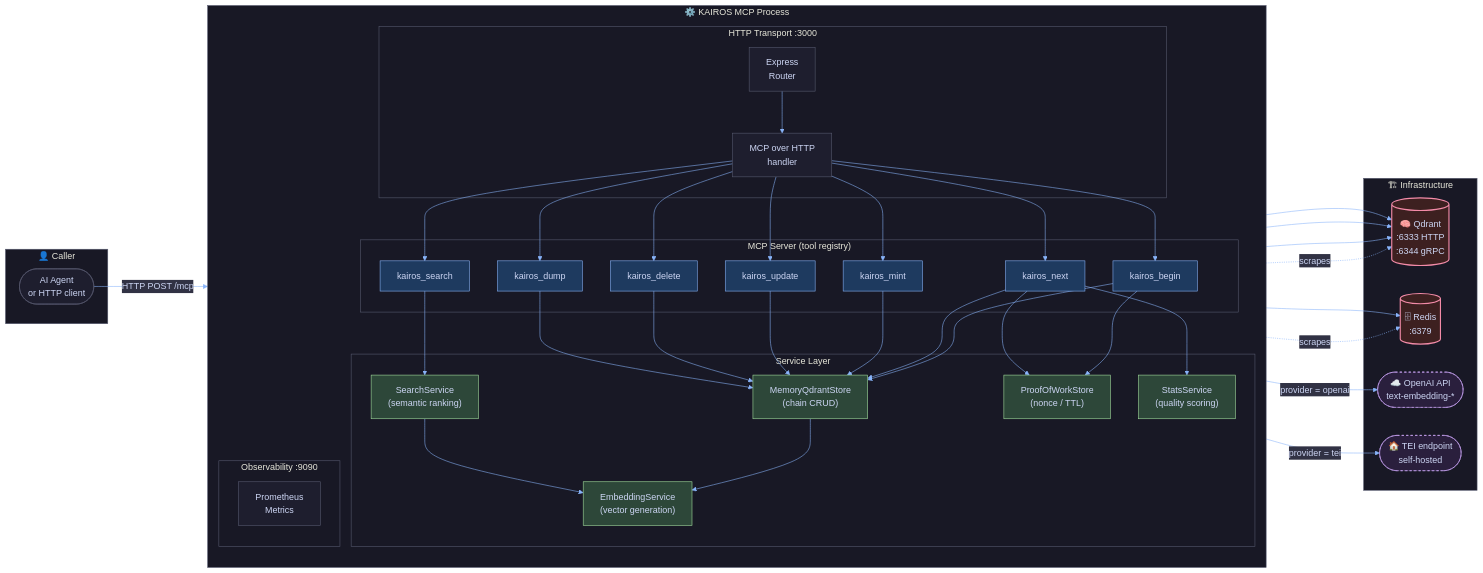
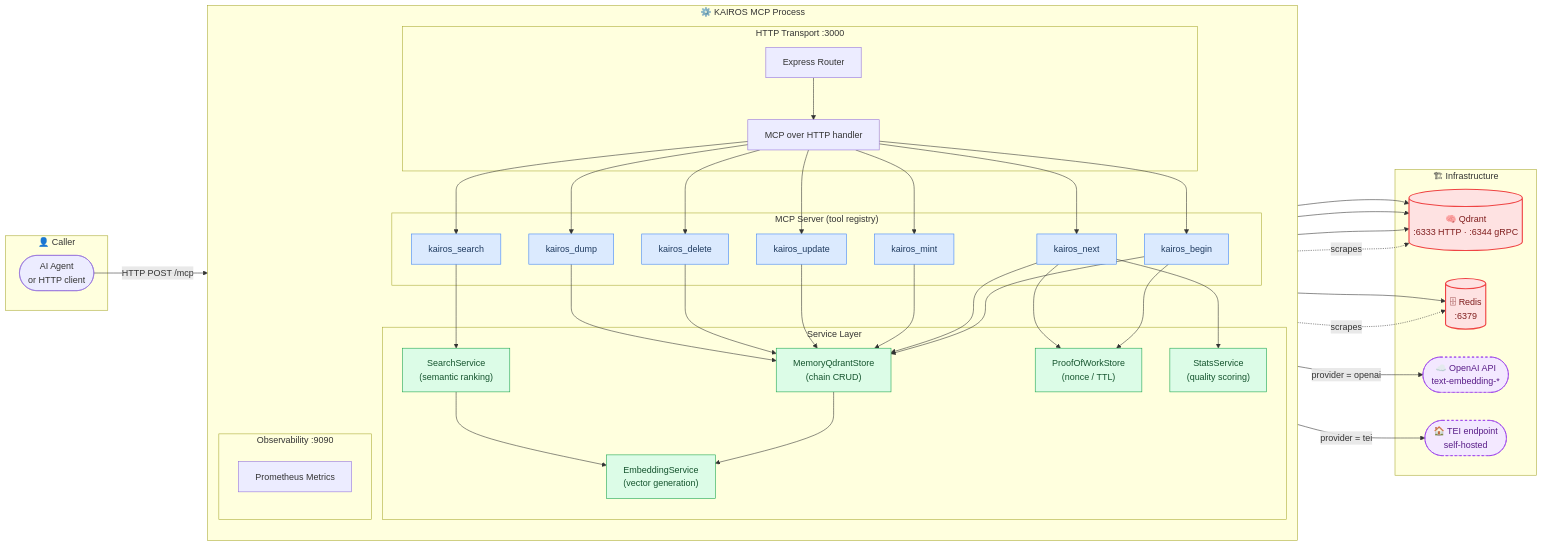
One commit to debian777/kairos-mcp changed the third of 5 diagrams in docs/architecture/infrastructure.md. Above: the diagram before and after it, drawn with Mermaid. The commit also changed other lines of this file, not shown here.

First line of the commit message:
docs: switch Mermaid diagrams to light-friendly colors for GitHub

````diff
--- a/docs/architecture/infrastructure.md
+++ b/docs/architecture/infrastructure.md
@@ -185,5 +174,4 @@
 ```mermaid
-%%{init: {'theme': 'base', 'themeVariables': {'primaryColor': '#1e1e2e', 'primaryTextColor': '#cdd6f4', 'primaryBorderColor': '#585b70', 'lineColor': '#89b4fa', 'secondaryColor': '#313244', 'tertiaryColor': '#181825', 'clusterBkg': '#181825', 'clusterBorder': '#585b70', 'edgeLabelBackground': '#313244'}}}%%
 flowchart LR
     subgraph CLIENT["👤  Caller"]
         AGT(["AI Agent
@@ -194,10 +182,8 @@
         direction TB
 
         subgraph TRANSPORT["HTTP Transport  :3000"]
-            EXP["Express
-            Router"]
-            MCPH["MCP over HTTP
-            handler"]
+            EXP["Express Router"]
+            MCPH["MCP over HTTP handler"]
         end
 
         subgraph REGISTRY["MCP Server  (tool registry)"]
@@ -224,14 +210,13 @@
         end
 
         subgraph OBS["Observability  :9090"]
-            PROM["Prometheus\nMetrics"]
+            PROM["Prometheus Metrics"]
         end
     end
 
     subgraph INFRA["🏗  Infrastructure"]
         QDRANT_DB[("🧠 Qdrant
-        :6333 HTTP
-        :6344 gRPC")]
+        :6333 HTTP · :6344 gRPC")]
         REDIS_DB[("🗄 Redis
         :6379")]
         OPENAI(["☁️  OpenAI API
@@ -240,35 +225,35 @@
         self-hosted"])
     end
 
-    AGT        -->|"HTTP POST /mcp"| EXP
-    EXP        --> MCPH
-    MCPH       --> T_SEARCH & T_BEGIN & T_NEXT & T_MINT & T_UPD & T_DEL & T_DUMP
+    AGT   -->|"HTTP POST /mcp"| EXP
+    EXP   --> MCPH
+    MCPH  --> T_SEARCH & T_BEGIN & T_NEXT & T_MINT & T_UPD & T_DEL & T_DUMP
 
-    T_SEARCH   --> SRCH_SVC
-    T_BEGIN    --> MEM_SVC & POW_SVC
-    T_NEXT     --> MEM_SVC & POW_SVC & STATS
-    T_MINT     --> MEM_SVC
-    T_UPD      --> MEM_SVC
-    T_DEL      --> MEM_SVC
-    T_DUMP     --> MEM_SVC
+    T_SEARCH --> SRCH_SVC
+    T_BEGIN  --> MEM_SVC & POW_SVC
+    T_NEXT   --> MEM_SVC & POW_SVC & STATS
+    T_MINT   --> MEM_SVC
+    T_UPD    --> MEM_SVC
+    T_DEL    --> MEM_SVC
+    T_DUMP   --> MEM_SVC
 
-    MEM_SVC    --> EMB_SVC
-    MEM_SVC    --> QDRANT_DB
-    SRCH_SVC   --> EMB_SVC
-    SRCH_SVC   --> QDRANT_DB
-    POW_SVC    --> REDIS_DB
-    STATS      --> QDRANT_DB
+    MEM_SVC  --> EMB_SVC
+    MEM_SVC  --> QDRANT_DB
+    SRCH_SVC --> EMB_SVC
+    SRCH_SVC --> QDRANT_DB
+    POW_SVC  --> REDIS_DB
+    STATS    --> QDRANT_DB
 
-    EMB_SVC    -->|"provider = openai"| OPENAI
-    EMB_SVC    -->|"provider = tei"| TEI
+    EMB_SVC  -->|"provider = openai"| OPENAI
+    EMB_SVC  -->|"provider = tei"| TEI
 
-    PROM       -. "scrapes" .-> QDRANT_DB
-    PROM       -. "scrapes" .-> REDIS_DB
+    PROM     -. "scrapes" .-> QDRANT_DB
+    PROM     -. "scrapes" .-> REDIS_DB
 
-    classDef tool    fill:#1e3a5f,stroke:#89b4fa,color:#cdd6f4,stroke-width:1px
-    classDef svc     fill:#2d4739,stroke:#a6e3a1,color:#cdd6f4,stroke-width:1px
-    classDef infra   fill:#3d2020,stroke:#f38ba8,color:#cdd6f4,stroke-width:2px
-    classDef ext     fill:#2a1f3d,stroke:#cba6f7,color:#cdd6f4,stroke-width:1px,stroke-dasharray:4
+    classDef tool  fill:#dbeafe,stroke:#3b82f6,color:#1e3a5f,stroke-width:1px
+    classDef svc   fill:#dcfce7,stroke:#16a34a,color:#14532d,stroke-width:1px
+    classDef infra fill:#fee2e2,stroke:#ef4444,color:#7f1d1d,stroke-width:2px
+    classDef ext   fill:#f3e8ff,stroke:#9333ea,color:#581c87,stroke-width:1px,stroke-dasharray:4
 
     class T_SEARCH,T_BEGIN,T_NEXT,T_MINT,T_UPD,T_DEL,T_DUMP tool
     class MEM_SVC,SRCH_SVC,EMB_SVC,POW_SVC,STATS svc
````
